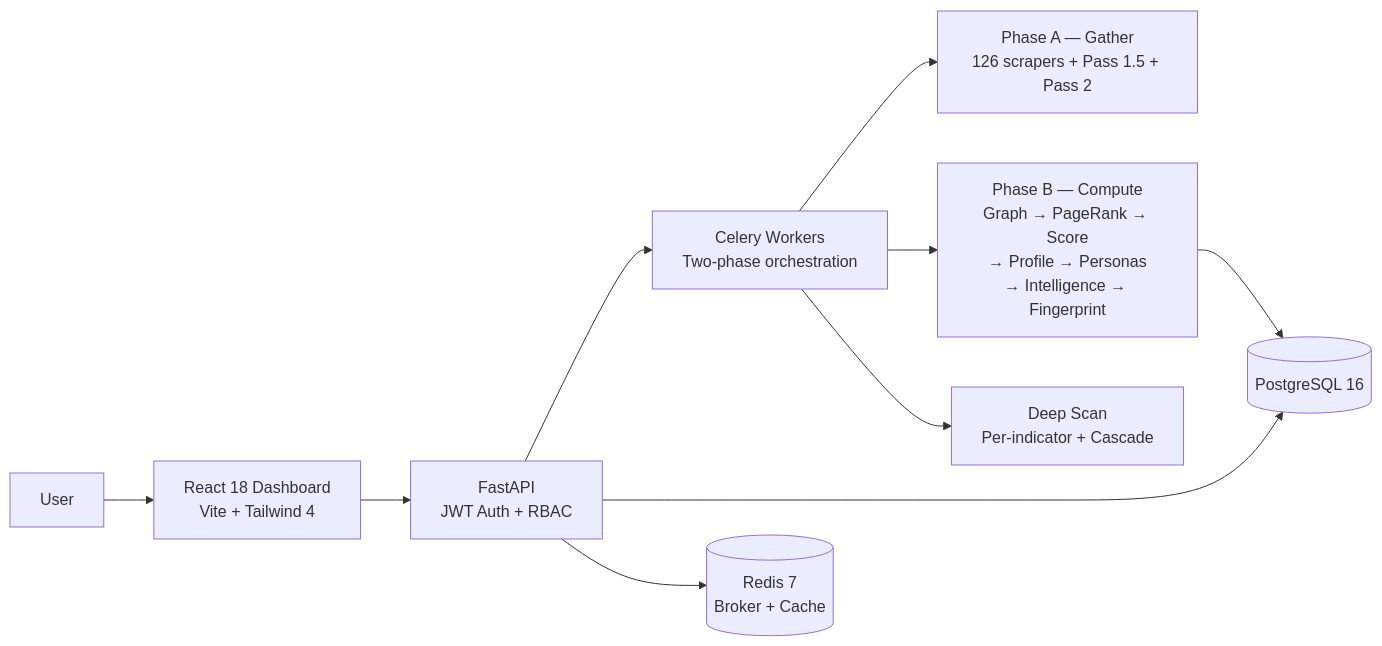
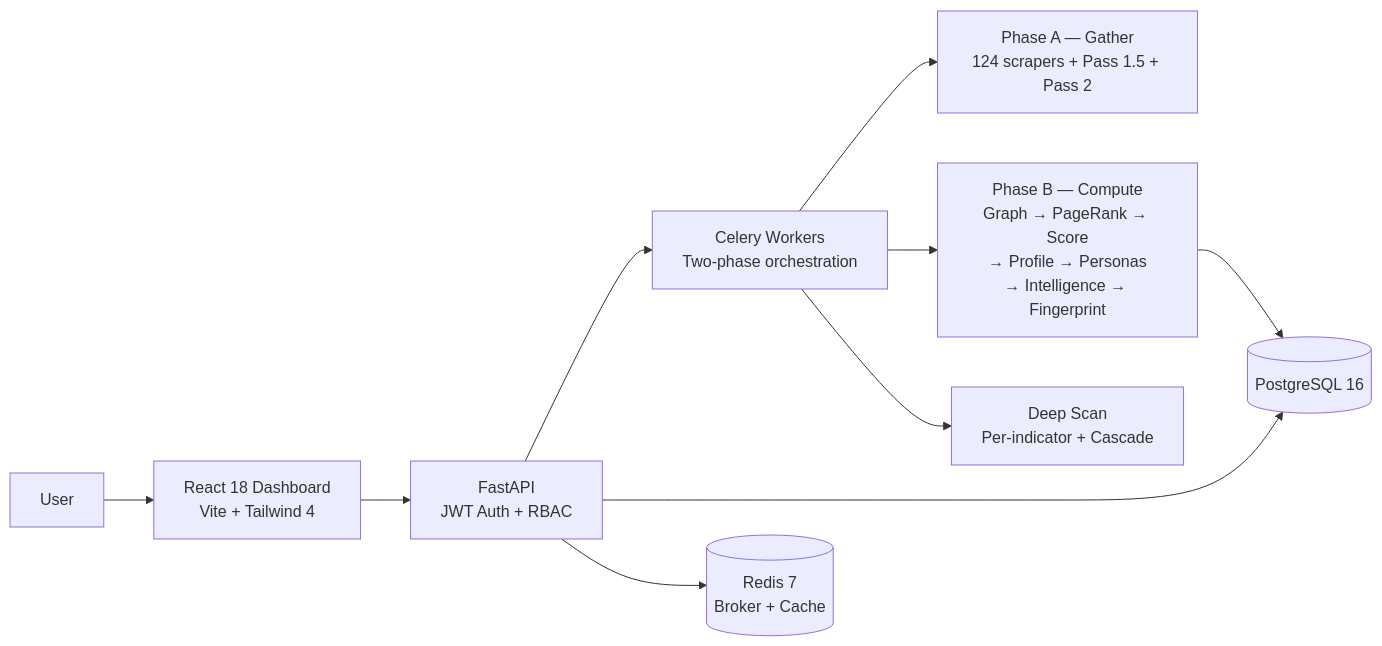
One commit to nabz0r/xposeTIP changed the diagram in README.md. Above: the diagram before and after it, drawn with Mermaid. The commit also changed other lines of this file and 16 other files, not shown here.

````diff
--- a/README.md
+++ b/README.md
@@ -118,12 +118,12 @@
 ```mermaid
 graph LR
     U[User] --> R[React 18 Dashboard<br/>Vite + Tailwind 4]
     R --> A[FastAPI<br/>JWT Auth + RBAC]
     A --> C[Celery Workers<br/>Two-phase orchestration]
     A --> PG[(PostgreSQL 16)]
     A --> RD[(Redis 7<br/>Broker + Cache)]
-    C --> P1[Phase A — Gather<br/>126 scrapers + Pass 1.5 + Pass 2]
+    C --> P1[Phase A — Gather<br/>124 scrapers + Pass 1.5 + Pass 2]
     C --> P2[Phase B — Compute<br/>Graph → PageRank → Score<br/>→ Profile → Personas<br/>→ Intelligence → Fingerprint]
     P2 --> PG
     C --> DS[Deep Scan<br/>Per-indicator + Cascade]
 ```
````
